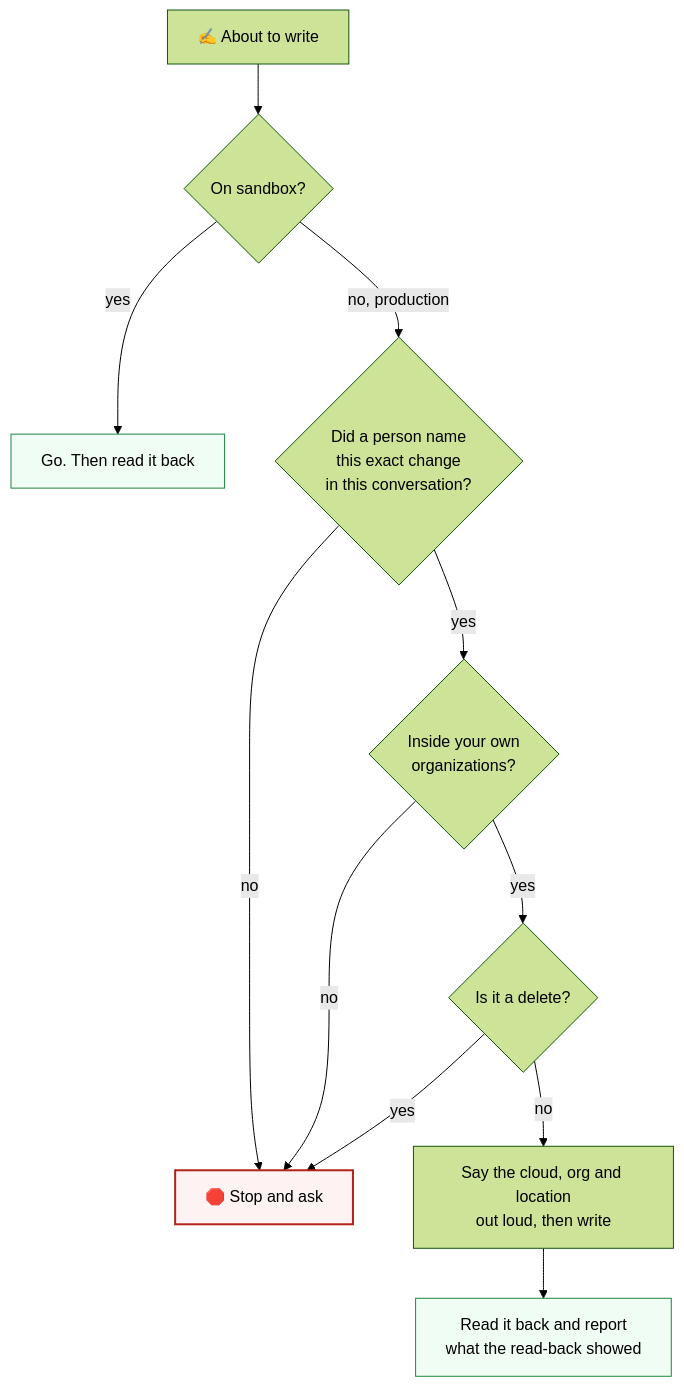
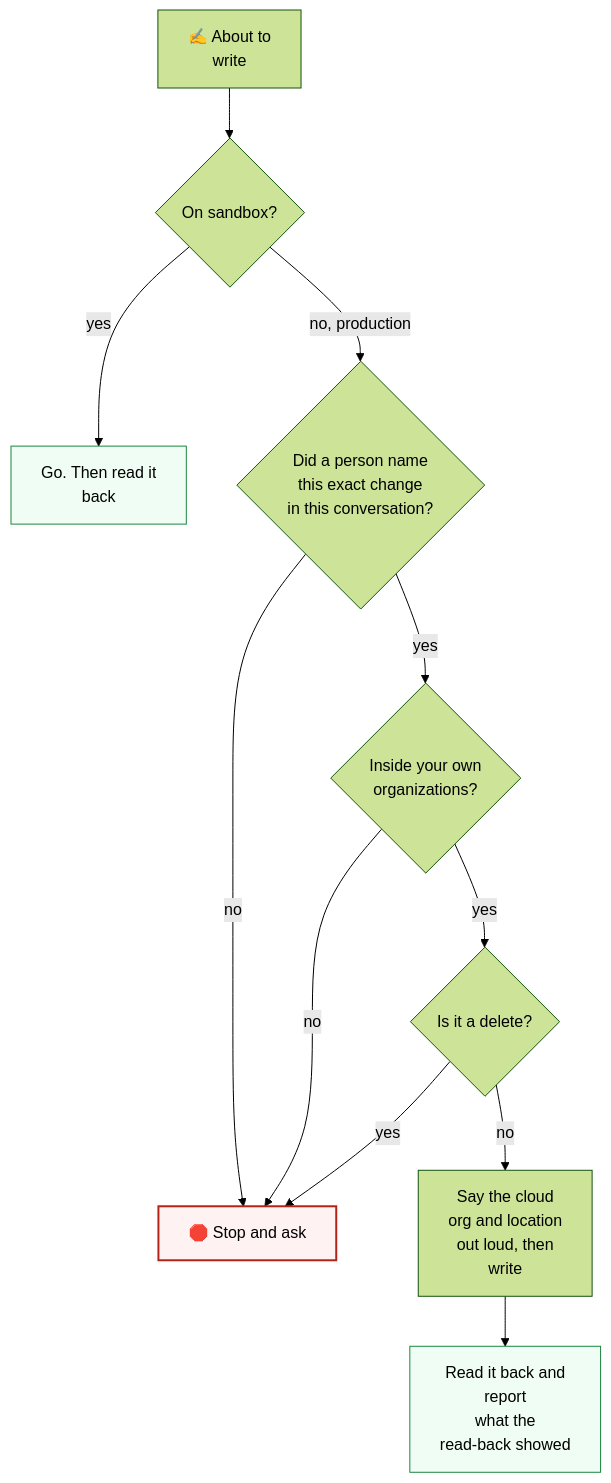
The diagram in agent_kit/04_safe_writes.md (CareDailyAI/docs), drawn with Mermaid (forest theme) before and after one commit. The commit also changed 30 other files, not shown here.

First line of the commit message:
Diagrams: wrap every flowchart label to short rows so Chrome stops clipping them

````diff
--- a/agent_kit/04_safe_writes.md
+++ b/agent_kit/04_safe_writes.md
@@ -6,15 +6,15 @@
 ```mermaid
 flowchart TD
-    W["✍️ About to write"] --> S{"On sandbox?"}
-    S -->|"yes"| GO["Go. Then read it back"]
+    W["✍️ About to<br/>write"] --> S{"On sandbox?"}
+    S -->|"yes"| GO["Go. Then read it<br/>back"]
     S -->|"no, production"| N{"Did a person name<br/>this exact change<br/>in this conversation?"}
     N -->|"no"| STOP["🛑 Stop and ask"]
     N -->|"yes"| O{"Inside your own<br/>organizations?"}
     O -->|"no"| STOP
     O -->|"yes"| D{"Is it a delete?"}
     D -->|"yes"| STOP
-    D -->|"no"| SAY["Say the cloud, org and location<br/>out loud, then write"] --> RB["Read it back and report<br/>what the read-back showed"]
+    D -->|"no"| SAY["Say the cloud<br/>org and location<br/>out loud, then<br/>write"] --> RB["Read it back and<br/>report<br/>what the<br/>read-back showed"]
     style STOP fill:#fef2f2,stroke:#b42318,stroke-width:2px
     style GO fill:#f0fdf4,stroke:#1b873f
     style RB fill:#f0fdf4,stroke:#1b873f
 ```
````
